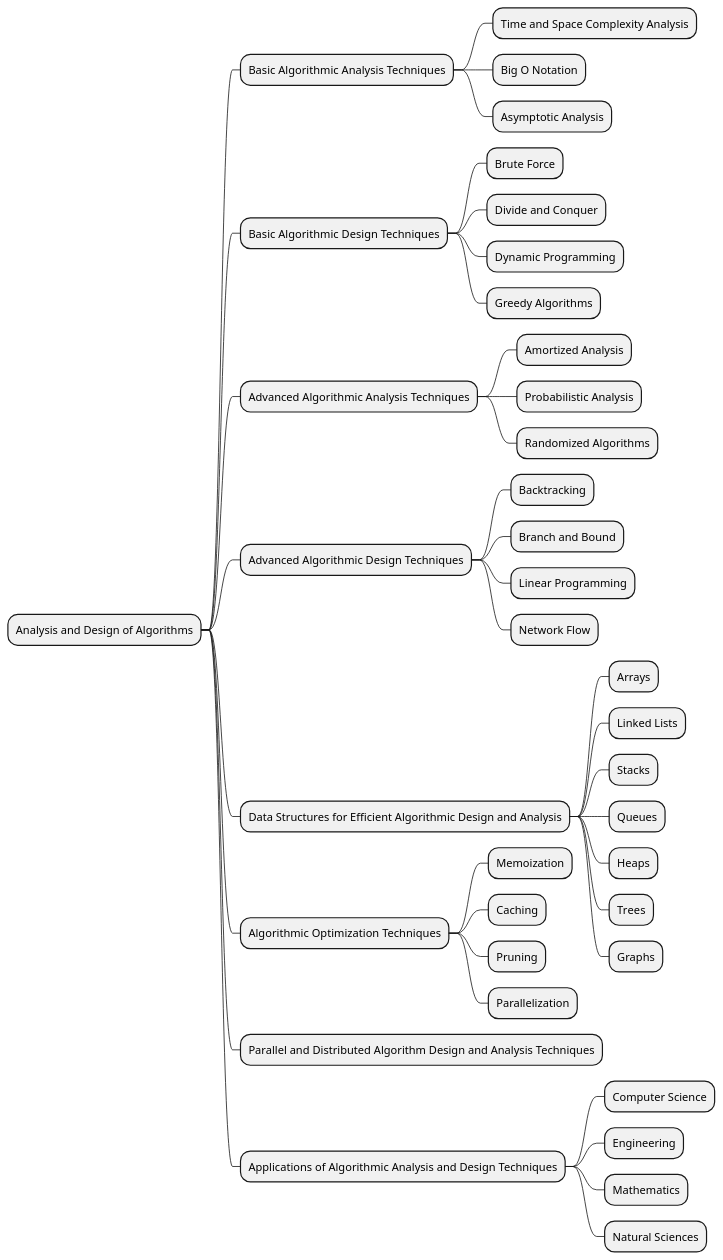
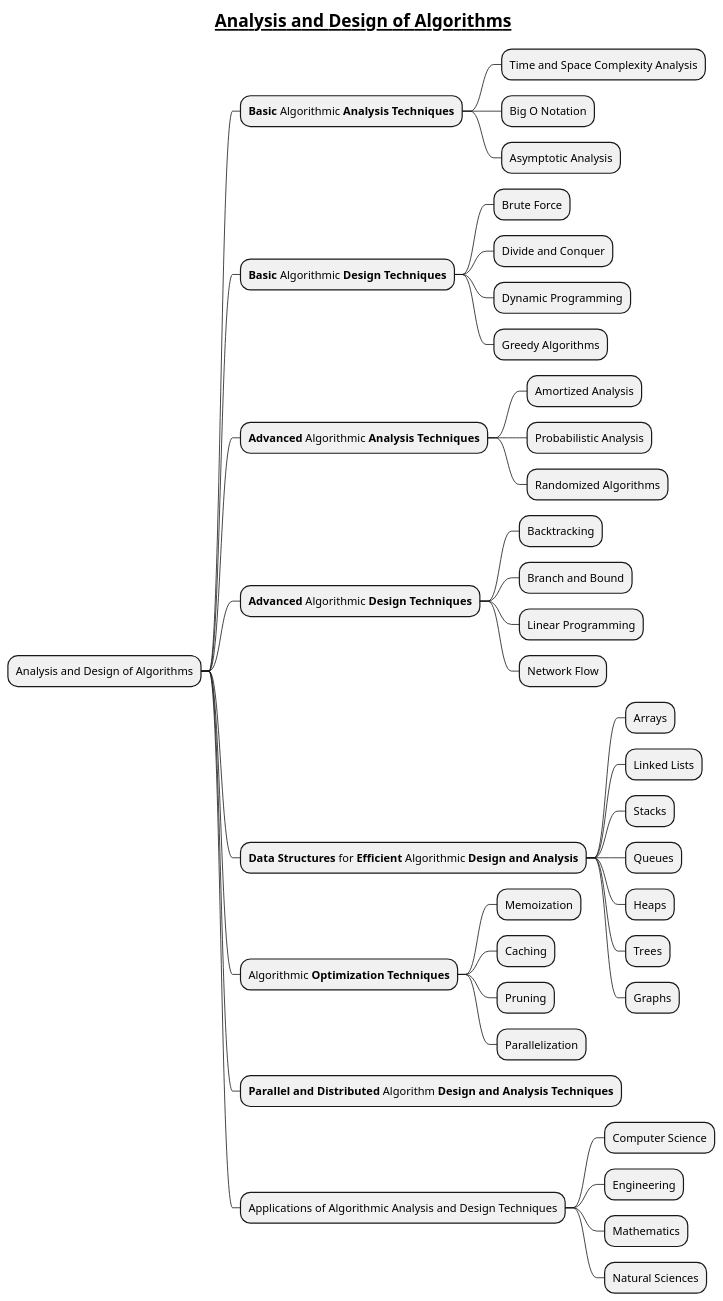
The diagram in docs/books/1-books-backlog/data-structure-and-algorithm/analysis-and-design-of-algorithms.puml (MehmoodHashmi/Documentation-as-Code-DaC), drawn with PlantUML before and after one commit. The commit also changed 29 other files, not shown here.

Commit message:
working on Algorithms.puml mindmap

```diff
--- a/docs/books/1-books-backlog/data-structure-and-algorithm/analysis-and-design-of-algorithms.puml
+++ b/docs/books/1-books-backlog/data-structure-and-algorithm/analysis-and-design-of-algorithms.puml
@@ -1,42 +1,44 @@
 @startmindmap
 
+title =__ Analysis and Design of Algorithms__
+
 * Analysis and Design of Algorithms
-** Basic Algorithmic Analysis Techniques
+** **Basic** Algorithmic **Analysis Techniques**
 *** Time and Space Complexity Analysis
 *** Big O Notation
 *** Asymptotic Analysis
-** Basic Algorithmic Design Techniques
+** **Basic** Algorithmic **Design Techniques**
 *** Brute Force
 *** Divide and Conquer
 *** Dynamic Programming
 *** Greedy Algorithms
-** Advanced Algorithmic Analysis Techniques
+** **Advanced** Algorithmic **Analysis Techniques**
 *** Amortized Analysis
 *** Probabilistic Analysis
 *** Randomized Algorithms
-** Advanced Algorithmic Design Techniques
+** **Advanced** Algorithmic **Design Techniques**
 *** Backtracking
 *** Branch and Bound
 *** Linear Programming
 *** Network Flow
-** Data Structures for Efficient Algorithmic Design and Analysis
+** **Data Structures** for **Efficient** Algorithmic **Design and Analysis**
 *** Arrays
 *** Linked Lists
 *** Stacks
 *** Queues
 *** Heaps
 *** Trees
 *** Graphs
-** Algorithmic Optimization Techniques
+** Algorithmic **Optimization Techniques**
 *** Memoization
 *** Caching
 *** Pruning
 *** Parallelization
-** Parallel and Distributed Algorithm Design and Analysis Techniques
+** **Parallel and Distributed** Algorithm **Design and Analysis Techniques**
 ** Applications of Algorithmic Analysis and Design Techniques
 *** Computer Science
 *** Engineering
 *** Mathematics
 *** Natural Sciences
 
 @endmindmap
```
